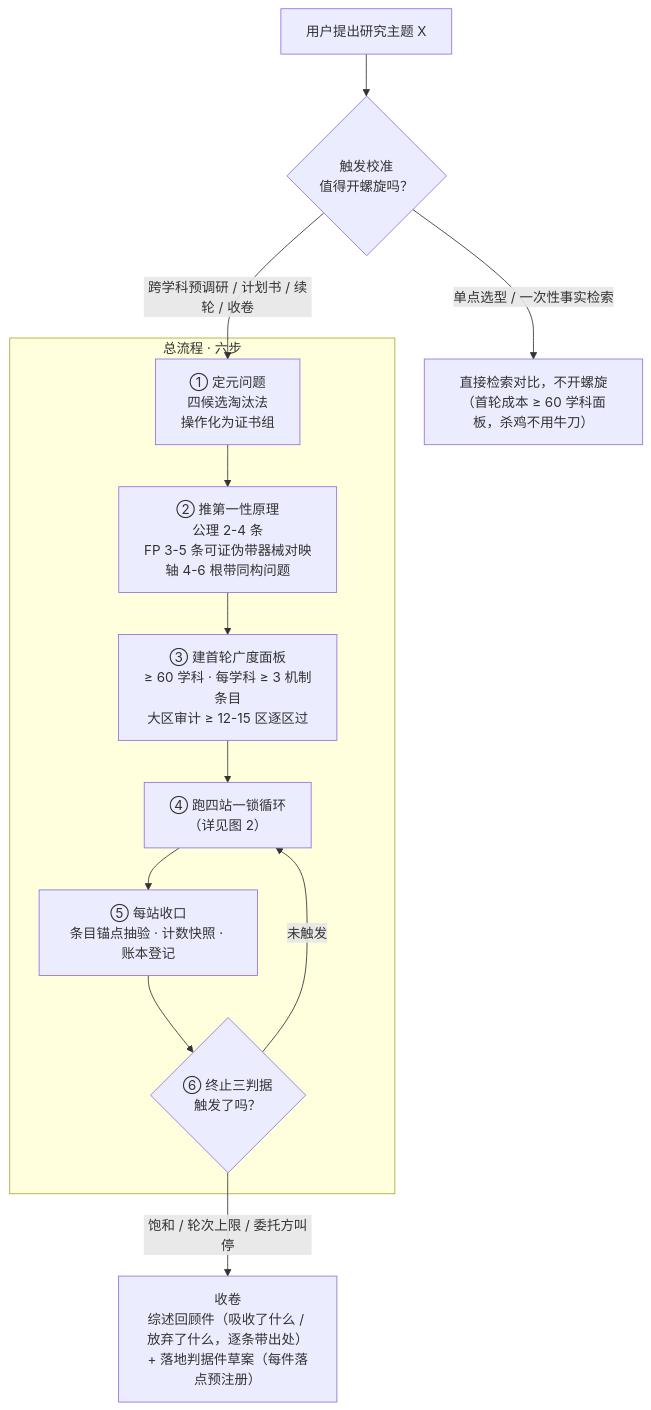
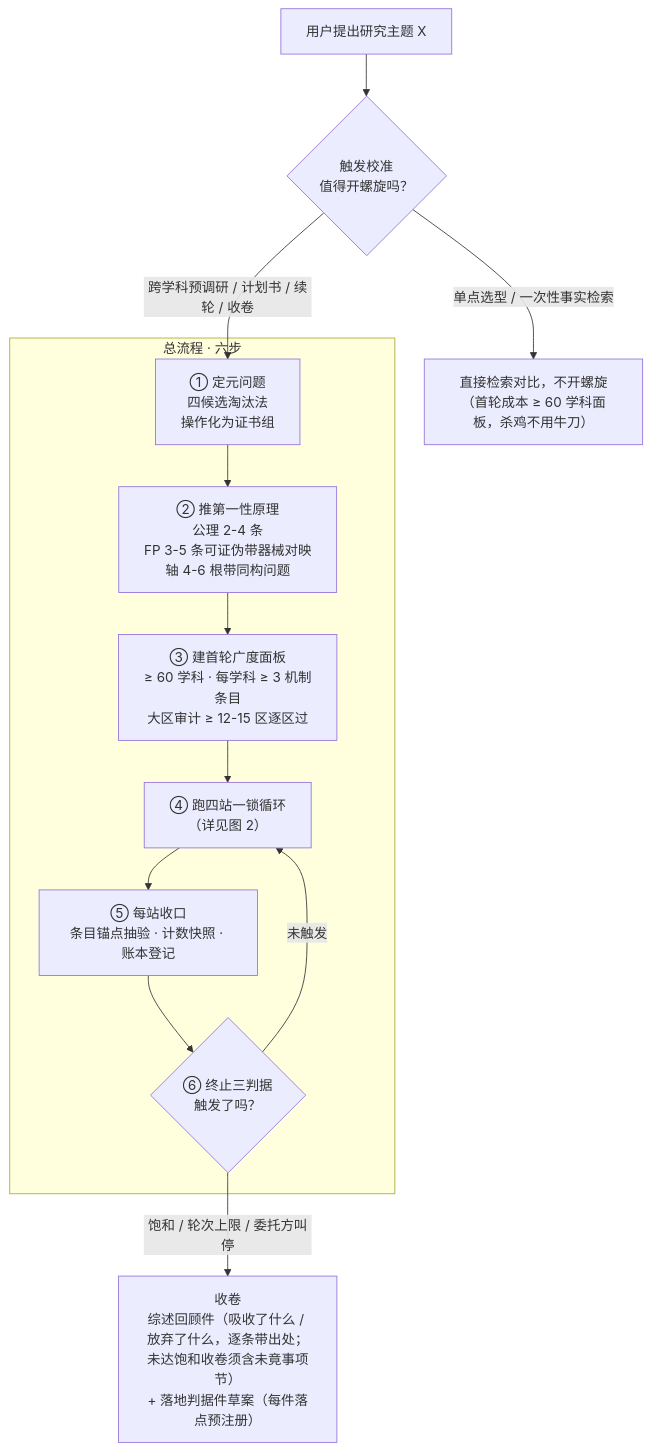
The first of 3 diagrams in README.md (master666-max/pre-research-skill-flowchart), drawn with Mermaid before and after one commit. The commit also changed other lines of this file and 1 other file, not shown here.

Commit message:
同步v1.1.0: 收卷节点标注未竟事项强制披露(未达饱和收卷须列未竟清单带差额与续轮建议)+版本记录; 重渲染长图

````diff
--- a/README.md
+++ b/README.md
@@ -32,17 +32,17 @@
 ```mermaid
 flowchart TD
     A["用户提出研究主题 X"] --> B{"触发校准<br/>值得开螺旋吗？"}
     B -- "单点选型 / 一次性事实检索" --> Z["直接检索对比，不开螺旋<br/>（首轮成本 ≥ 60 学科面板，杀鸡不用牛刀）"]
     B -- "跨学科预调研 / 计划书 / 续轮 / 收卷" --> S1
 
     subgraph SIX["总流程 · 六步"]
         S1["① 定元问题<br/>四候选淘汰法<br/>操作化为证书组"] --> S2["② 推第一性原理<br/>公理 2-4 条<br/>FP 3-5 条可证伪带器械对映<br/>轴 4-6 根带同构问题"]
         S2 --> S3["③ 建首轮广度面板<br/>≥ 60 学科 · 每学科 ≥ 3 机制条目<br/>大区审计 ≥ 12-15 区逐区过"]
         S3 --> S4["④ 跑四站一锁循环<br/>（详见图 2）"]
         S4 --> S5["⑤ 每站收口<br/>条目锚点抽验 · 计数快照 · 账本登记"]
         S5 --> S6{"⑥ 终止三判据<br/>触发了吗？"}
     end
 
     S6 -- "未触发" --> S4
-    S6 -- "饱和 / 轮次上限 / 委托方叫停" --> FIN["收卷<br/>综述回顾件（吸收了什么 / 放弃了什么，逐条带出处）<br/>+ 落地判据件草案（每件落点预注册）"]
+    S6 -- "饱和 / 轮次上限 / 委托方叫停" --> FIN["收卷<br/>综述回顾件（吸收了什么 / 放弃了什么，逐条带出处；未达饱和收卷须含未竟事项节）<br/>+ 落地判据件草案（每件落点预注册）"]
 ```
````
